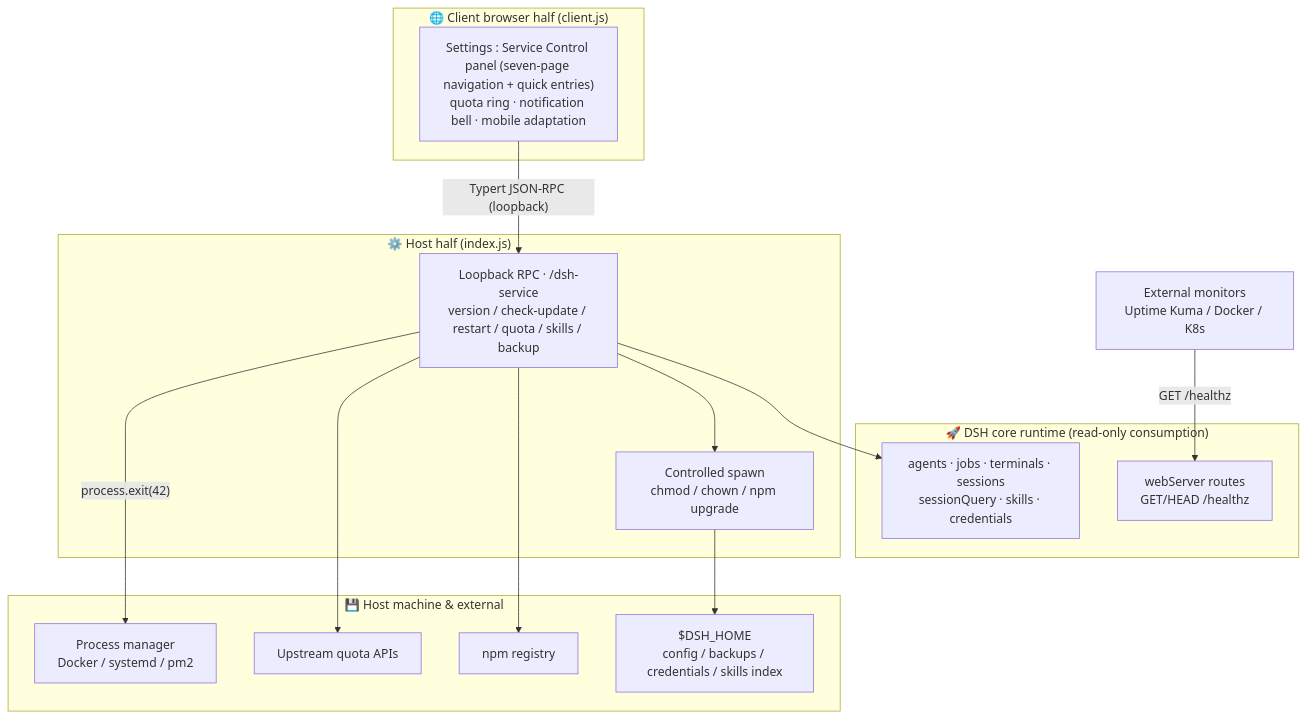
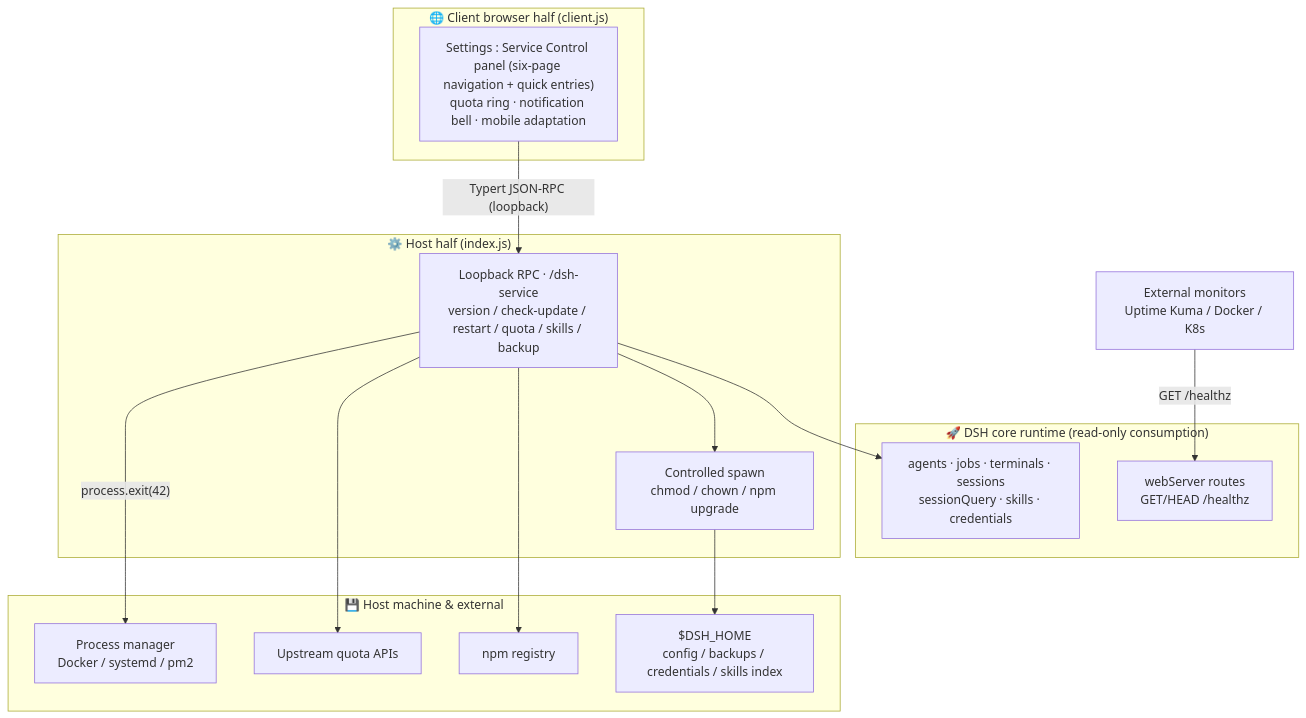
Before and after one commit to gehennawu/dsh-service: the diagram in README.en.md, drawn with Mermaid. The commit also changed other lines of this file and 4 other files, not shown here.

````diff
--- a/README.en.md
+++ b/README.en.md
@@ -281,32 +282,32 @@
 ```mermaid
 flowchart TB
     subgraph Client["🌐 Client browser half (client.js)"]
-        UI["Settings : Service Control panel (seven-page navigation + quick entries)<br/>quota ring · notification bell · mobile adaptation"]
+        UI["Settings : Service Control panel (six-page navigation + quick entries)<br/>quota ring · notification bell · mobile adaptation"]
     end
 
     subgraph Host["⚙️ Host half (index.js)"]
         RPC["Loopback RPC · /dsh-service<br/>version / check-update / restart / quota / skills / backup"]
         SPAWN["Controlled spawn<br/>chmod / chown / npm upgrade"]
     end
 
     subgraph DSH["🚀 DSH core runtime (read-only consumption)"]
         CORE["agents · jobs · terminals · sessions<br/>sessionQuery · skills · credentials"]
         WEB["webServer routes<br/>GET/HEAD /healthz"]
     end
 
     subgraph OS["💾 Host machine & external"]
         PM["Process manager<br/>Docker / systemd / pm2"]
         FS["$DSH_HOME<br/>config / backups / credentials / skills index"]
         REG["npm registry"]
         QUOTA["Upstream quota APIs"]
     end
 
     UI -- "Typert JSON-RPC (loopback)" --> RPC
     RPC --> CORE
     RPC --> SPAWN
     RPC --> REG
     RPC --> QUOTA
     RPC -- "process.exit(42)" --> PM
     SPAWN --> FS
     MON["External monitors<br/>Uptime Kuma / Docker / K8s"] -- "GET /healthz" --> WEB
 ```
````
